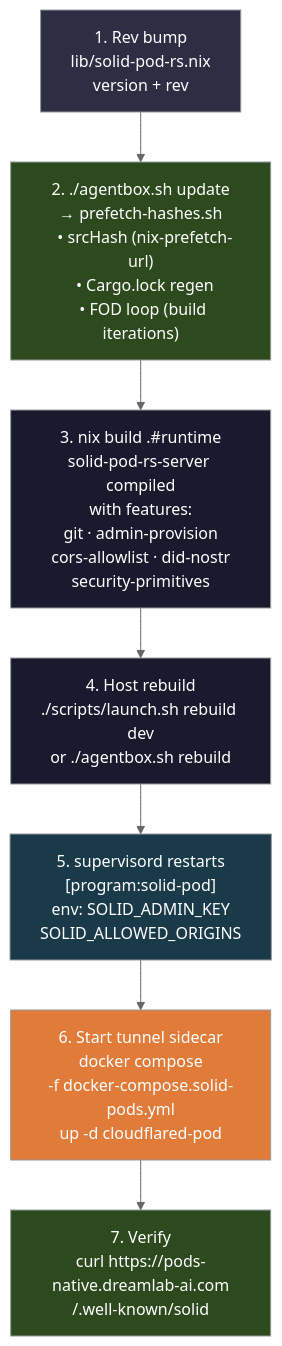
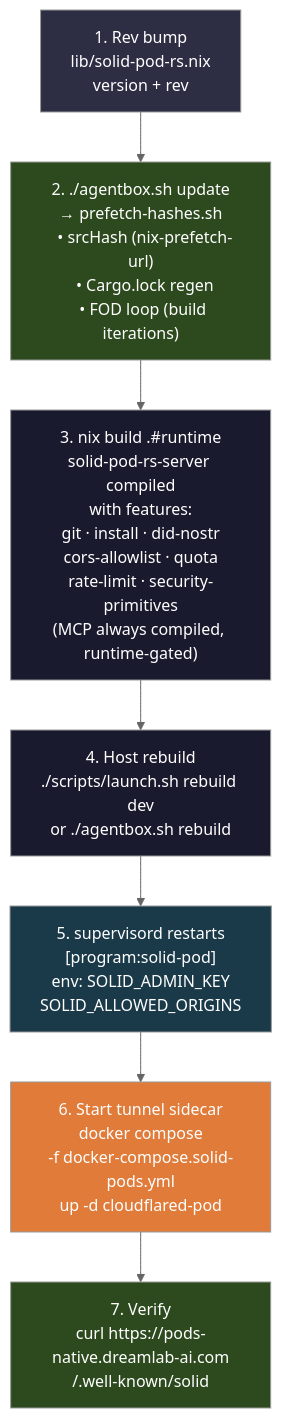
The seventh of 8 diagrams in docs/architecture/native-pod-mesh.md (DreamLab-AI/agentbox), drawn with Mermaid (neutral theme) before and after one commit. The commit also changed other lines of this file and 5 other files, not shown here.

First line of the commit message:
feat(infra): solid-pod-rs MCP surface + docker socket group fix

````diff
--- a/docs/architecture/native-pod-mesh.md
+++ b/docs/architecture/native-pod-mesh.md
@@ -243,18 +243,18 @@
 ```mermaid
 flowchart TD
     A["1. Rev bump\nlib/solid-pod-rs.nix\nversion + rev"] --> B
     B["2. ./agentbox.sh update\n→ prefetch-hashes.sh\n  • srcHash (nix-prefetch-url)\n  • Cargo.lock regen\n  • FOD loop (build iterations)"] --> C
-    C["3. nix build .#runtime\nsolid-pod-rs-server compiled\nwith features:\ngit · admin-provision\ncors-allowlist · did-nostr\nsecurity-primitives"] --> D
+    C["3. nix build .#runtime\nsolid-pod-rs-server compiled\nwith features:\ngit · install · did-nostr\ncors-allowlist · quota\nrate-limit · security-primitives\n(MCP always compiled, runtime-gated)"] --> D
     D["4. Host rebuild\n./scripts/launch.sh rebuild dev\nor ./agentbox.sh rebuild"] --> E
     E["5. supervisord restarts\n[program:solid-pod]\nenv: SOLID_ADMIN_KEY\nSOLID_ALLOWED_ORIGINS"] --> F
     F["6. Start tunnel sidecar\ndocker compose\n-f docker-compose.solid-pods.yml\nup -d cloudflared-pod"] --> G
     G["7. Verify\ncurl https://pods-native.dreamlab-ai.com\n/.well-known/solid"]
 
     style A fill:#2d2d44,color:#fff
     style B fill:#2d4a1e,color:#fff
     style C fill:#1a1a2e,color:#fff
     style D fill:#1a1a2e,color:#fff
     style E fill:#1a3a4a,color:#fff
     style F fill:#e07b39,color:#fff
     style G fill:#2d4a1e,color:#fff
 ```
````
